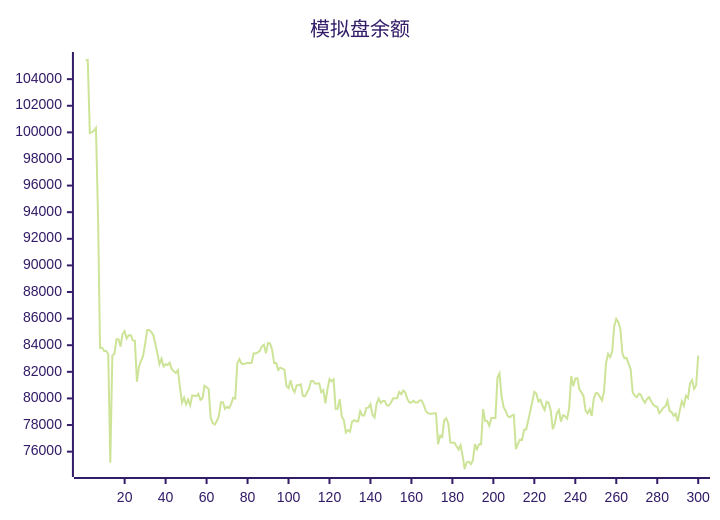
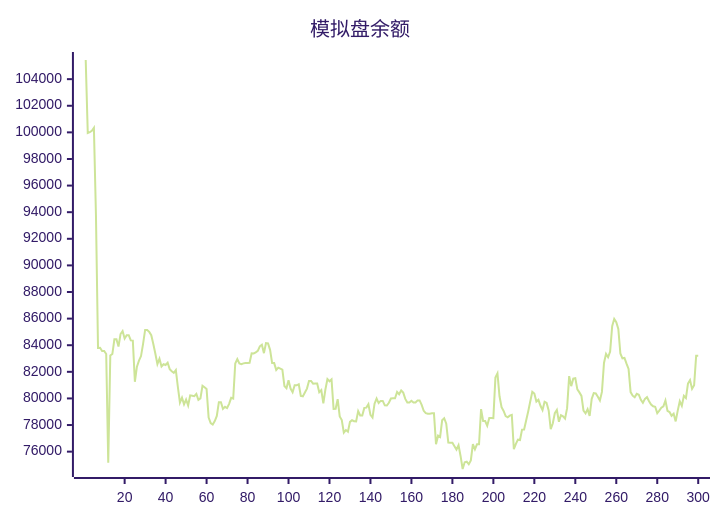
The diagram in README.md (aahl/ai-trading), drawn with Mermaid (forest theme) before and after one commit. The commit also changed other lines of this file and 1 other file, not shown here.

````diff
--- a/README.md
+++ b/README.md
@@ -5,5 +5,5 @@
 ```mermaid
 xychart
     title "模拟盘余额"
-    line [105431,105440,99950,100017,100113,100337,93749,83795,83807,83567,83567,83342,75168,83222,83336,84448,84449,83896,84839,85065,84499,84757,84757,84364,84347,81254,82385,82835,83184,84099,85150,85150,85002,84751,84096,83356,82582,82983,82404,82572,82512,82688,82200,82047,81920,82125,80840,79688,80060,79552,79920,79470,80236,80208,80170,80336,79894,80006,80954,80837,80712,78561,78139,78037,78293,78682,79720,79720,79214,79372,79279,79591,80046,79993,82625,82950,82626,82571,82633,82670,82670,82681,83386,83378,83464,83579,83920,84037,83402,84160,84142,83652,82655,82655,82145,82315,82243,82163,80934,80770,81371,80742,80468,80989,80989,81067,80191,80155,80450,80737,81309,81309,81106,81119,81119,80471,80631,79624,80670,81448,81290,81429,79212,79222,79940,78643,78380,77432,77623,77504,78235,78358,78284,78277,79048,78714,78714,79290,79308,79567,78763,78563,79603,79988,79652,79813,79813,79476,79469,79673,79995,80015,80015,80486,80314,80600,80436,79966,79689,79689,79819,79692,79692,79850,79850,79518,79071,78889,78850,78850,78878,78878,76554,77202,77103,78357,78510,78106,76678,76677,76672,76411,76159,76485,75656,74695,75197,75246,75052,75334,76564,76179,76553,76551,79196,78300,78300,77944,78531,78531,78521,81564,81884,80160,79335,79055,78675,78580,78708,78764,76179,76586,76902,76876,77658,77669,78346,79023,79769,80497,80366,79761,79896,79448,79126,79749,79658,79097,77695,78114,78888,79126,78249,78738,78653,78478,79271,81680,80923,81488,81527,80681,80455,80190,79084,78879,79193,78686,79954,80403,80374,80118,79848,80491,82665,83351,83098,83525,85430,85983,85737,85221,83378,83014,83043,82613,82216,80477,80208,80081,80348,80277,79894,79670,79965,80093,79786,79542,79406,79371,78893,79087,79304,79406,79841,79072,78978,78696,78846,78272,79085,79787,79442,80198,80031,81120,81379,80718,80985,83214]
+    line [105440,99950,100017,100113,100337,93749,83795,83807,83567,83567,83342,75168,83222,83336,84448,84449,83896,84839,85065,84499,84757,84757,84364,84347,81254,82385,82835,83184,84099,85150,85150,85002,84751,84096,83356,82582,82983,82404,82572,82512,82688,82200,82047,81920,82125,80840,79688,80060,79552,79920,79470,80236,80208,80170,80336,79894,80006,80954,80837,80712,78561,78139,78037,78293,78682,79720,79720,79214,79372,79279,79591,80046,79993,82625,82950,82626,82571,82633,82670,82670,82681,83386,83378,83464,83579,83920,84037,83402,84160,84142,83652,82655,82655,82145,82315,82243,82163,80934,80770,81371,80742,80468,80989,80989,81067,80191,80155,80450,80737,81309,81309,81106,81119,81119,80471,80631,79624,80670,81448,81290,81429,79212,79222,79940,78643,78380,77432,77623,77504,78235,78358,78284,78277,79048,78714,78714,79290,79308,79567,78763,78563,79603,79988,79652,79813,79813,79476,79469,79673,79995,80015,80015,80486,80314,80600,80436,79966,79689,79689,79819,79692,79692,79850,79850,79518,79071,78889,78850,78850,78878,78878,76554,77202,77103,78357,78510,78106,76678,76677,76672,76411,76159,76485,75656,74695,75197,75246,75052,75334,76564,76179,76553,76551,79196,78300,78300,77944,78531,78531,78521,81564,81884,80160,79335,79055,78675,78580,78708,78764,76179,76586,76902,76876,77658,77669,78346,79023,79769,80497,80366,79761,79896,79448,79126,79749,79658,79097,77695,78114,78888,79126,78249,78738,78653,78478,79271,81680,80923,81488,81527,80681,80455,80190,79084,78879,79193,78686,79954,80403,80374,80118,79848,80491,82665,83351,83098,83525,85430,85983,85737,85221,83378,83014,83043,82613,82216,80477,80208,80081,80348,80277,79894,79670,79965,80093,79786,79542,79406,79371,78893,79087,79304,79406,79841,79072,78978,78696,78846,78272,79085,79787,79442,80198,80031,81120,81379,80718,80985,83214,83212]
 ```
````
